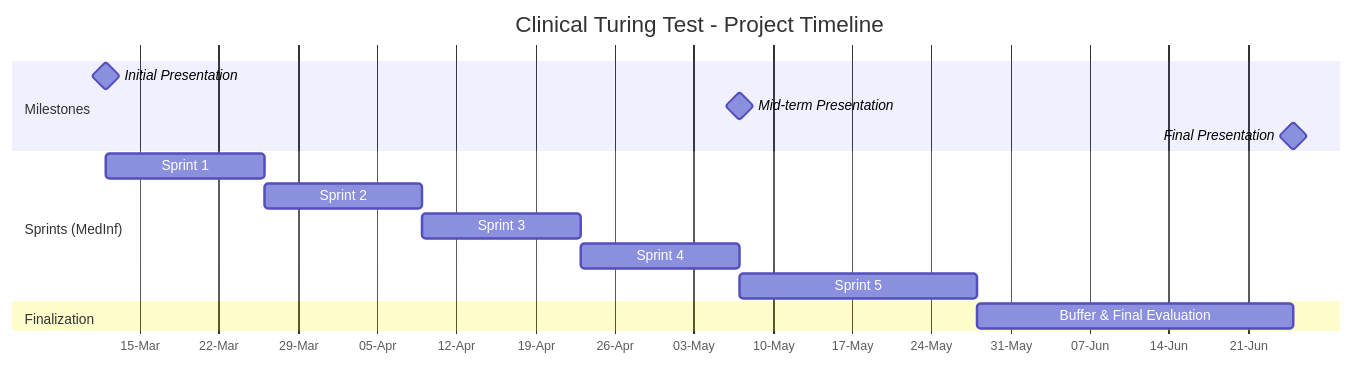
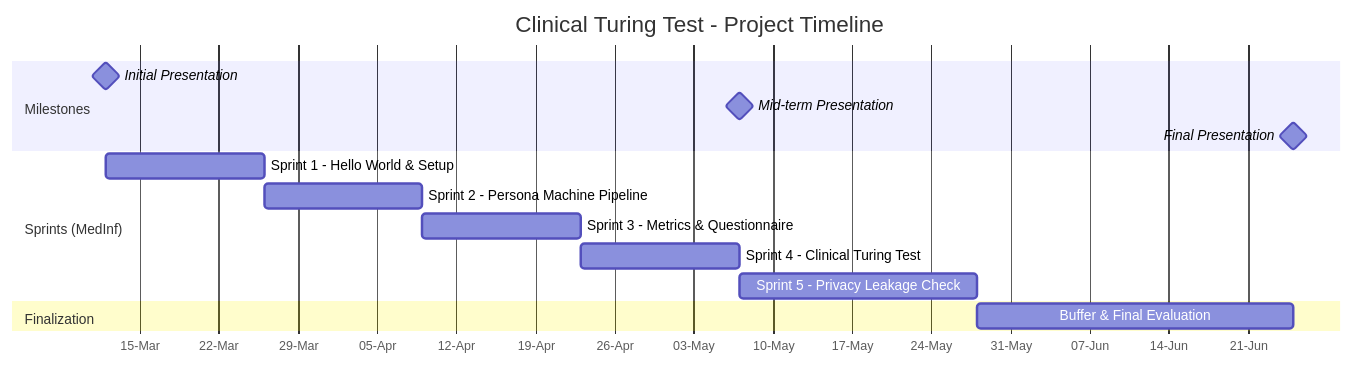
One commit to dieterich-lab/WFT-2026-Clinical-Turing-Test changed the diagram in README.md. Above: the diagram before and after it, drawn with Mermaid.

Commit message:
Fixed gantt in README.md

````diff
--- a/README.md
+++ b/README.md
@@ -144,21 +144,21 @@
 ```mermaid
 gantt
     title Clinical Turing Test - Project Timeline
     dateFormat  YYYY-MM-DD
     axisFormat  %d-%b
 
     section Milestones
     Initial Presentation       :milestone, m1, 2026-03-12, 0d
     Mid-term Presentation      :milestone, m2, 2026-05-07, 0d
     Final Presentation         :milestone, m3, 2026-06-25, 0d
 
     section Sprints (MedInf)
-    Sprint 1: Hello World & Setup      :2026-03-12, 2w
-    Sprint 2: Persona Machine Pipeline :2026-03-26, 2w
-    Sprint 3: Metrics & Questionnaire  :2026-04-09, 2w
-    Sprint 4: Clinical Turing Test     :2026-04-23, 2w
-    Sprint 5: Privacy Leakage Check    :2026-05-07, 3w
+    Sprint 1 - Hello World & Setup      :2026-03-12, 2w
+    Sprint 2 - Persona Machine Pipeline :2026-03-26, 2w
+    Sprint 3 - Metrics & Questionnaire  :2026-04-09, 2w
+    Sprint 4 - Clinical Turing Test     :2026-04-23, 2w
+    Sprint 5 - Privacy Leakage Check    :2026-05-07, 3w
 
     section Finalization
     Buffer & Final Evaluation          :2026-05-28, 4w
 ```
````
